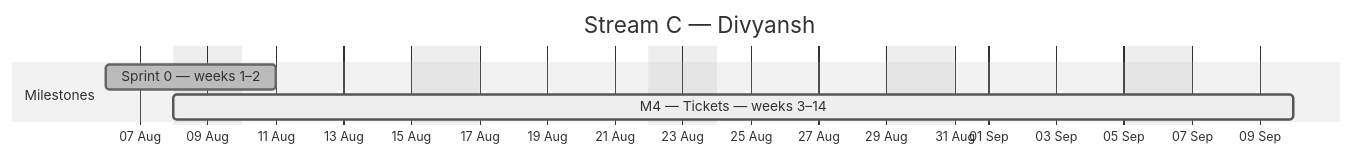
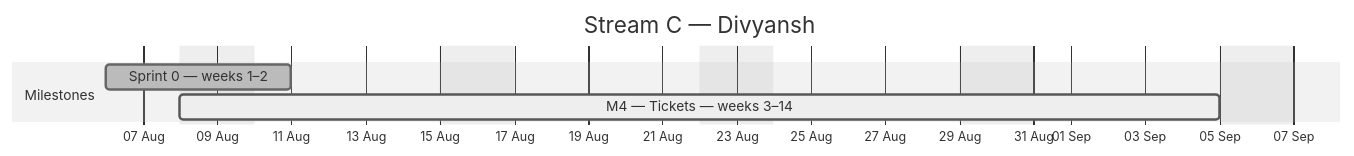
Before and after one commit to debashisedunext/EduTrack: the third of 4 diagrams in docs/plan/GANTT.md, drawn with Mermaid (neutral theme). The commit also changed other lines of this file and 3 other files, not shown here.

````diff
--- a/docs/plan/GANTT.md
+++ b/docs/plan/GANTT.md
@@ -121,10 +116,10 @@
 ```mermaid
 gantt
     dateFormat YYYY-MM-DD
     axisFormat %d %b
     title Stream C — Divyansh
     excludes weekends
     section Milestones
     Sprint 0 — weeks 1–2 :done, c0, 2026-08-06, 3d
-    M4 — Tickets — weeks 3–14 :active, c1, 2026-08-08, 24d
+    M4 — Tickets — weeks 3–14 :active, c1, 2026-08-08, 21d
 ```
````
